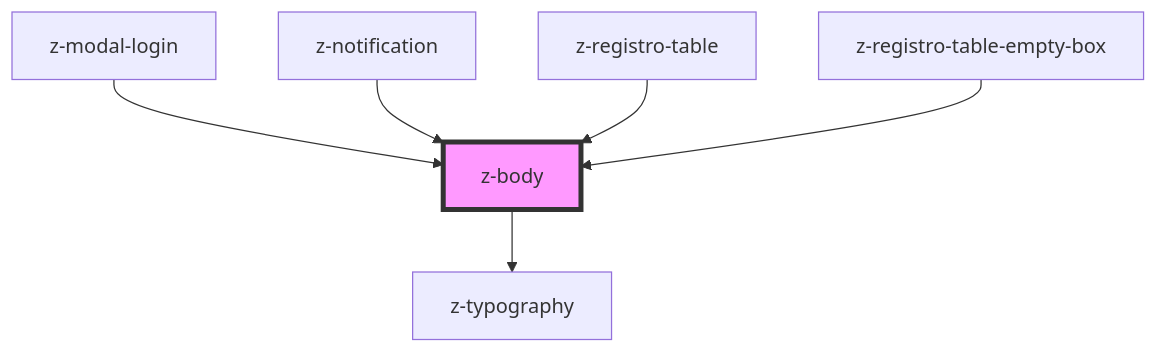
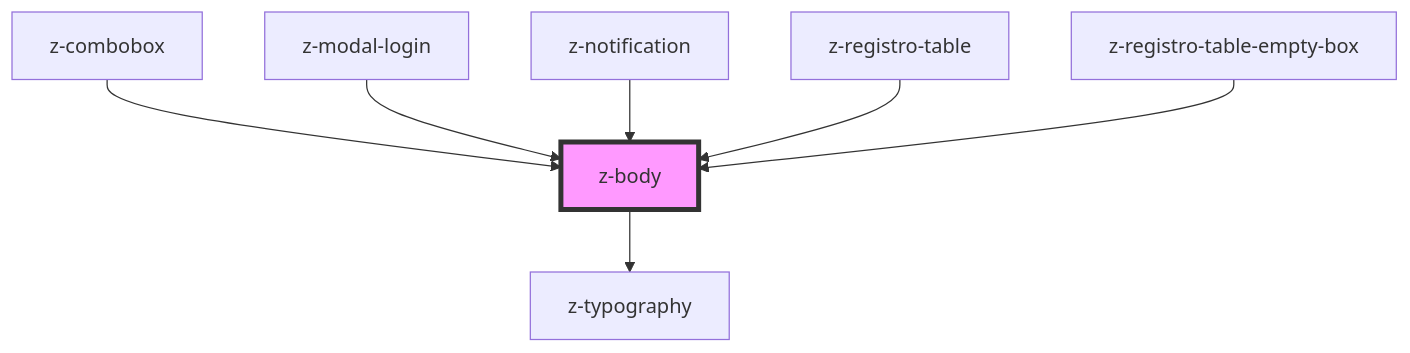
Before and after one commit to ZanichelliEditore/design-system: the diagram in src/components/typography/z-body/readme.md, drawn with Mermaid. The commit also changed other lines of this file and 3 other files, not shown here.

````diff
--- a/src/components/typography/z-body/readme.md
+++ b/src/components/typography/z-body/readme.md
@@ -29,9 +30,10 @@
 ```mermaid
 graph TD;
   z-body --> z-typography
+  z-combobox --> z-body
   z-modal-login --> z-body
   z-notification --> z-body
   z-registro-table --> z-body
   z-registro-table-empty-box --> z-body
   style z-body fill:#f9f,stroke:#333,stroke-width:4px
 ```
````
